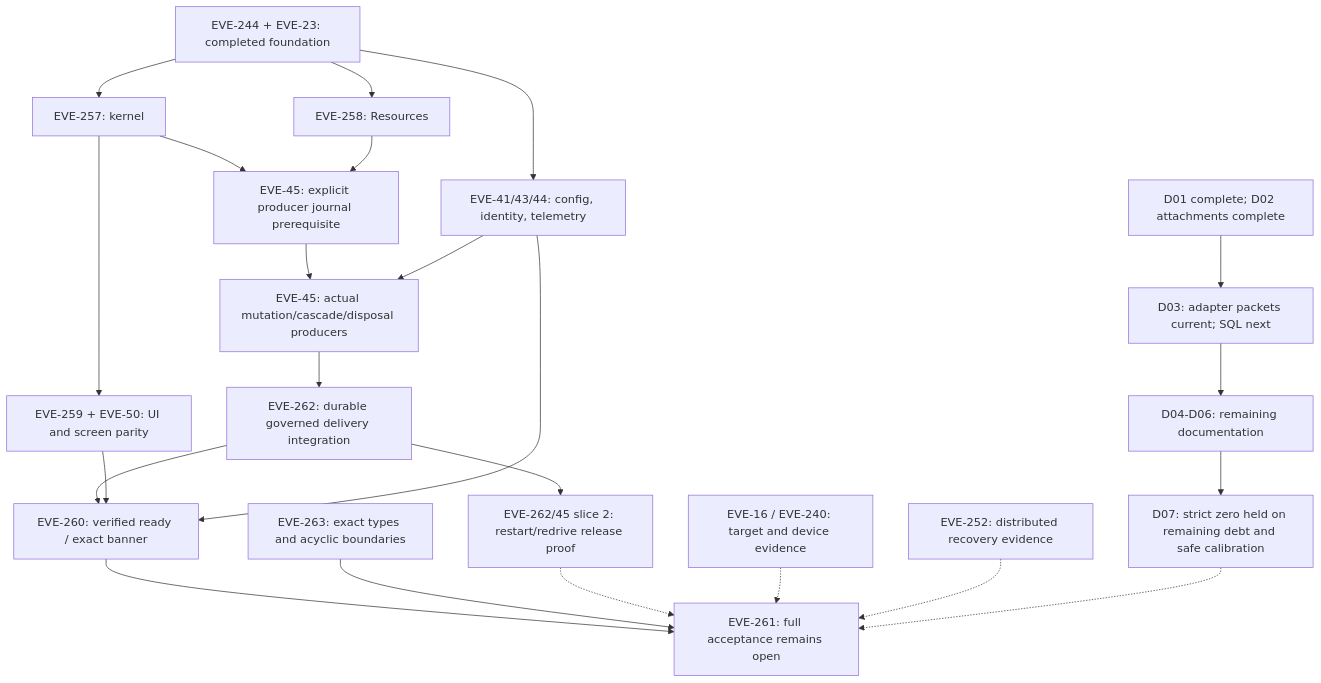
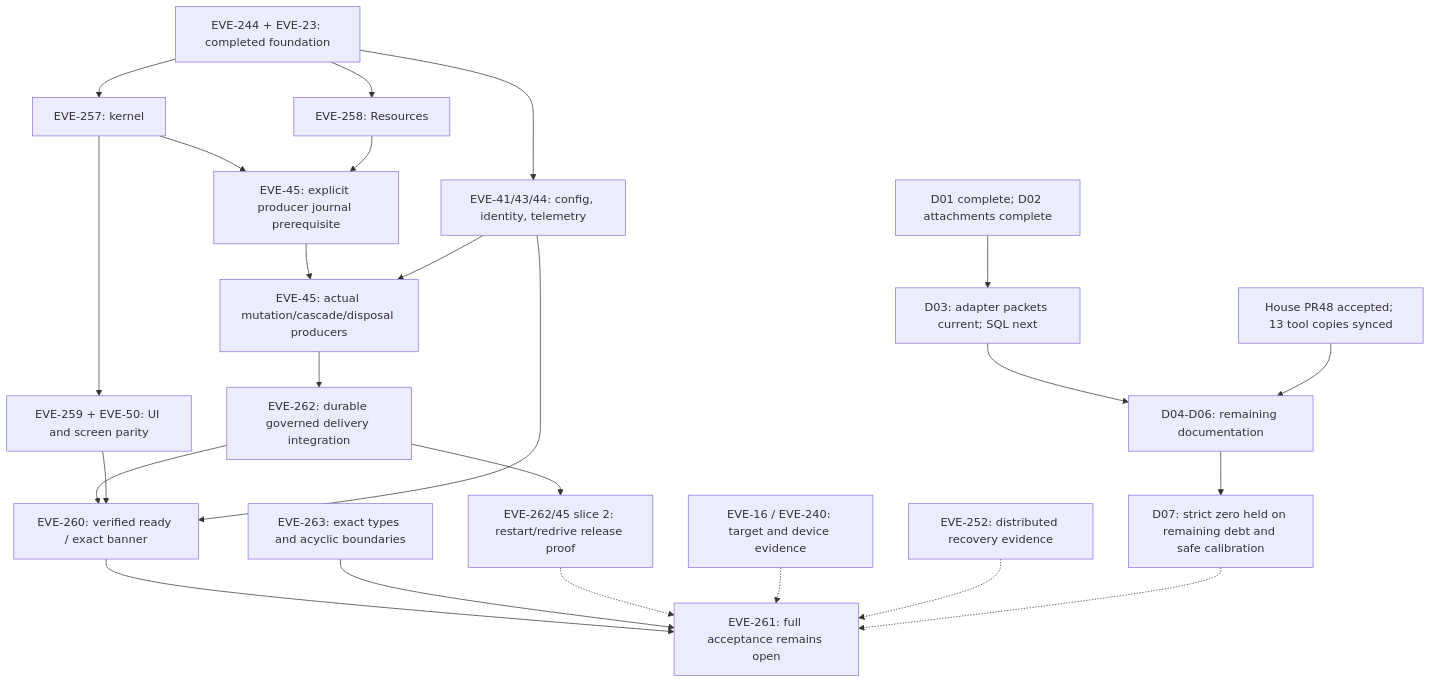
The first of 2 diagrams in docs/planning/timeline.md (Resnovas/Eventiva), drawn with Mermaid before and after one commit. The commit also changed other lines of this file and 18 other files, not shown here.

First line of the commit message:
docs(tooling): sync accepted house JSDoc for EVE-22

````diff
--- a/docs/planning/timeline.md
+++ b/docs/planning/timeline.md
@@ -136,39 +136,40 @@
 ```mermaid
 flowchart TD
     F["EVE-244 + EVE-23: completed foundation"] --> K["EVE-257: kernel"]
     F --> R["EVE-258: Resources"]
     F --> C["EVE-41/43/44: config, identity, telemetry"]
     K --> J["EVE-45: explicit producer journal prerequisite"]
     R --> J
     J --> P["EVE-45: actual mutation/cascade/disposal producers"]
     C --> P
     P --> H["EVE-262: durable governed delivery integration"]
     H --> HR["EVE-262/45 slice 2: restart/redrive release proof"]
     K --> U["EVE-259 + EVE-50: UI and screen parity"]
     H --> B["EVE-260: verified ready / exact banner"]
     U --> B
     C --> B
     B --> I["EVE-261: full acceptance remains open"]
     T["EVE-263: exact types and acyclic boundaries"] --> I
     HR -.-> I
     N["EVE-16 / EVE-240: target and device evidence"] -.-> I
     D["EVE-252: distributed recovery evidence"] -.-> I
     DOC_A["D01 complete; D02 attachments complete"] --> DOC_B["D03: adapter packets current; SQL next"]
     DOC_B --> DOC_C["D04-D06: remaining documentation"]
+    HOUSE_DOC["House PR48 accepted; 13 tool copies synced"] --> DOC_C
     DOC_C --> DOC_D["D07: strict zero held on remaining debt and safe calibration"]
     DOC_D -.-> I
     click F "https://linear.app/resnovas/issue/EVE-244"
     click K "https://linear.app/resnovas/issue/EVE-257"
     click R "https://linear.app/resnovas/issue/EVE-258"
     click C "https://linear.app/resnovas/issue/EVE-44"
     click J "https://linear.app/resnovas/issue/EVE-45"
     click P "https://linear.app/resnovas/issue/EVE-45"
     click H "https://linear.app/resnovas/issue/EVE-262"
     click HR "https://linear.app/resnovas/issue/EVE-262"
     click U "https://linear.app/resnovas/issue/EVE-259"
     click B "https://linear.app/resnovas/issue/EVE-260"
     click I "https://linear.app/resnovas/issue/EVE-261"
     click T "https://linear.app/resnovas/issue/EVE-263"
     click N "https://linear.app/resnovas/issue/EVE-16"
     click D "https://linear.app/resnovas/issue/EVE-252"
 ```
````
